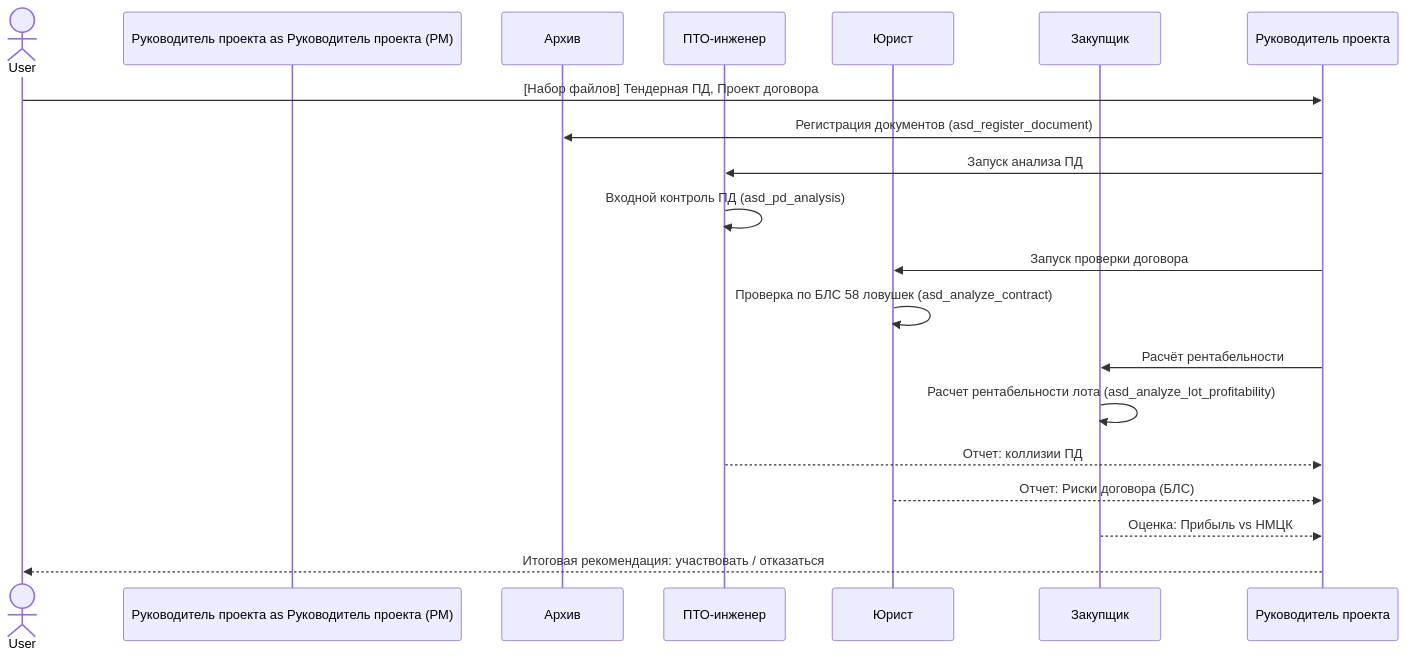
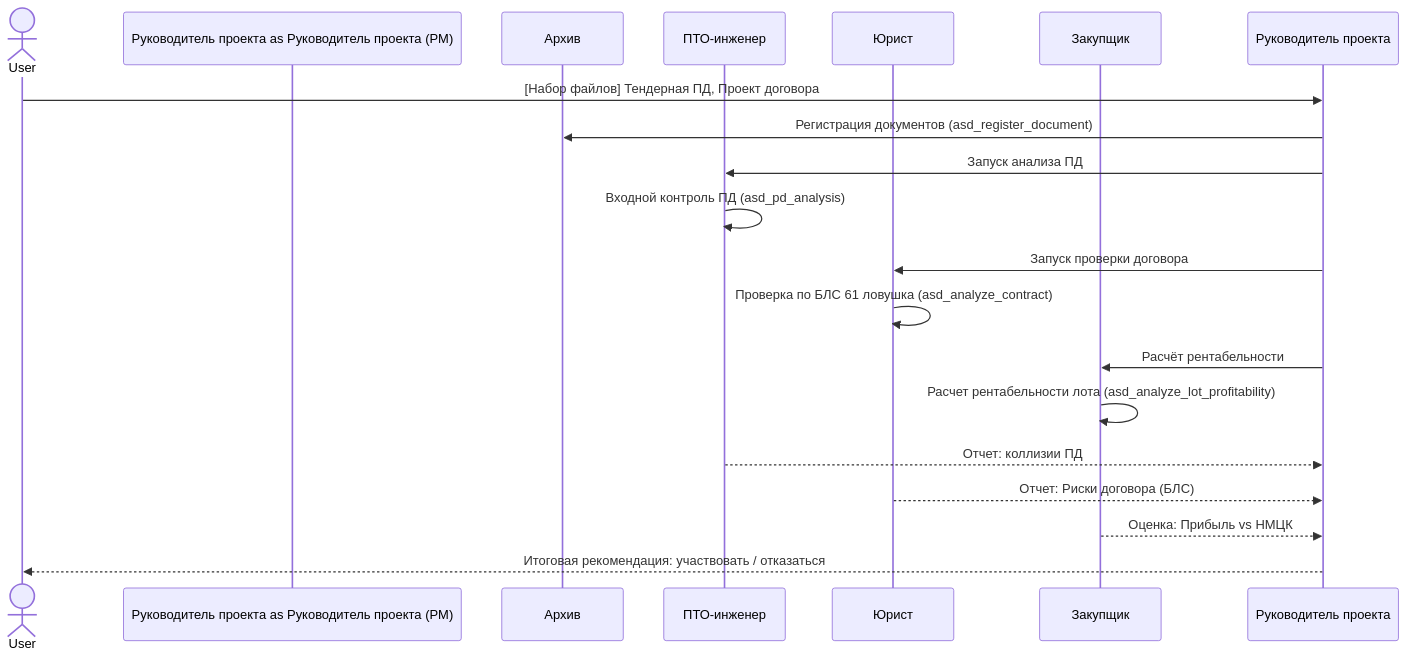
The first of 6 diagrams in docs/BUILDING_LIFECYCLE_WORKFLOW.md (yamazaki1711/mac_asd), drawn with Mermaid before and after one commit. The commit also changed other lines of this file and 18 other files, not shown here.

````diff
--- a/docs/BUILDING_LIFECYCLE_WORKFLOW.md
+++ b/docs/BUILDING_LIFECYCLE_WORKFLOW.md
@@ -25,22 +25,22 @@
 ```mermaid
 sequenceDiagram
     actor User
     participant Руководитель проекта as Руководитель проекта (PM)
     participant Delo as Архив
     participant PTO as ПТО-инженер
     participant Jurist as Юрист
     participant Proc as Закупщик
 
     User->>Руководитель проекта: [Набор файлов] Тендерная ПД, Проект договора
     Руководитель проекта->>Delo: Регистрация документов (asd_register_document)
     Руководитель проекта->>PTO: Запуск анализа ПД
     PTO->>PTO: Входной контроль ПД (asd_pd_analysis)
     Руководитель проекта->>Jurist: Запуск проверки договора
-    Jurist->>Jurist: Проверка по БЛС 58 ловушек (asd_analyze_contract)
+    Jurist->>Jurist: Проверка по БЛС 61 ловушка (asd_analyze_contract)
     Руководитель проекта->>Proc: Расчёт рентабельности
     Proc->>Proc: Расчет рентабельности лота (asd_analyze_lot_profitability)
     PTO-->>Руководитель проекта: Отчет: коллизии ПД
     Jurist-->>Руководитель проекта: Отчет: Риски договора (БЛС)
     Proc-->>Руководитель проекта: Оценка: Прибыль vs НМЦК
     Руководитель проекта-->>User: Итоговая рекомендация: участвовать / отказаться
 ```
````
